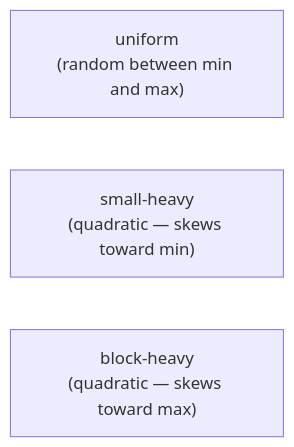
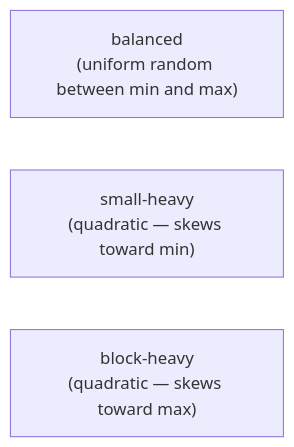
One commit to johan162/EduMatcher changed the second of 3 diagrams in docs/user-guide/15-ai-traders.md. Above: the diagram before and after it, drawn with Mermaid. The commit also changed other lines of this file and 10 other files, not shown here.

````diff
--- a/docs/user-guide/15-ai-traders.md
+++ b/docs/user-guide/15-ai-traders.md
@@ -99,6 +99,6 @@
 ```mermaid
 flowchart LR
-    A["uniform\n(random between min and max)"]
+    A["balanced\n(uniform random between min and max)"]
     B["small-heavy\n(quadratic — skews toward min)"]
     C["block-heavy\n(quadratic — skews toward max)"]
 ```
````
